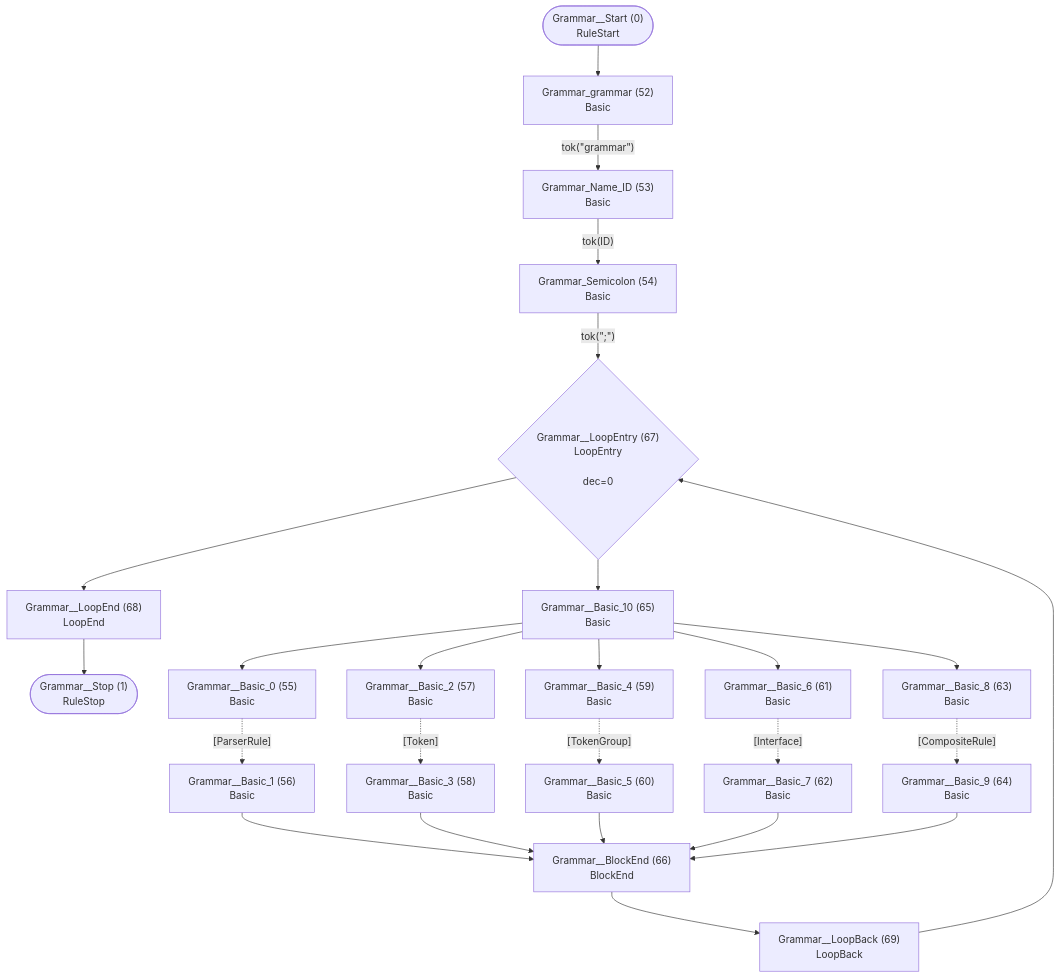
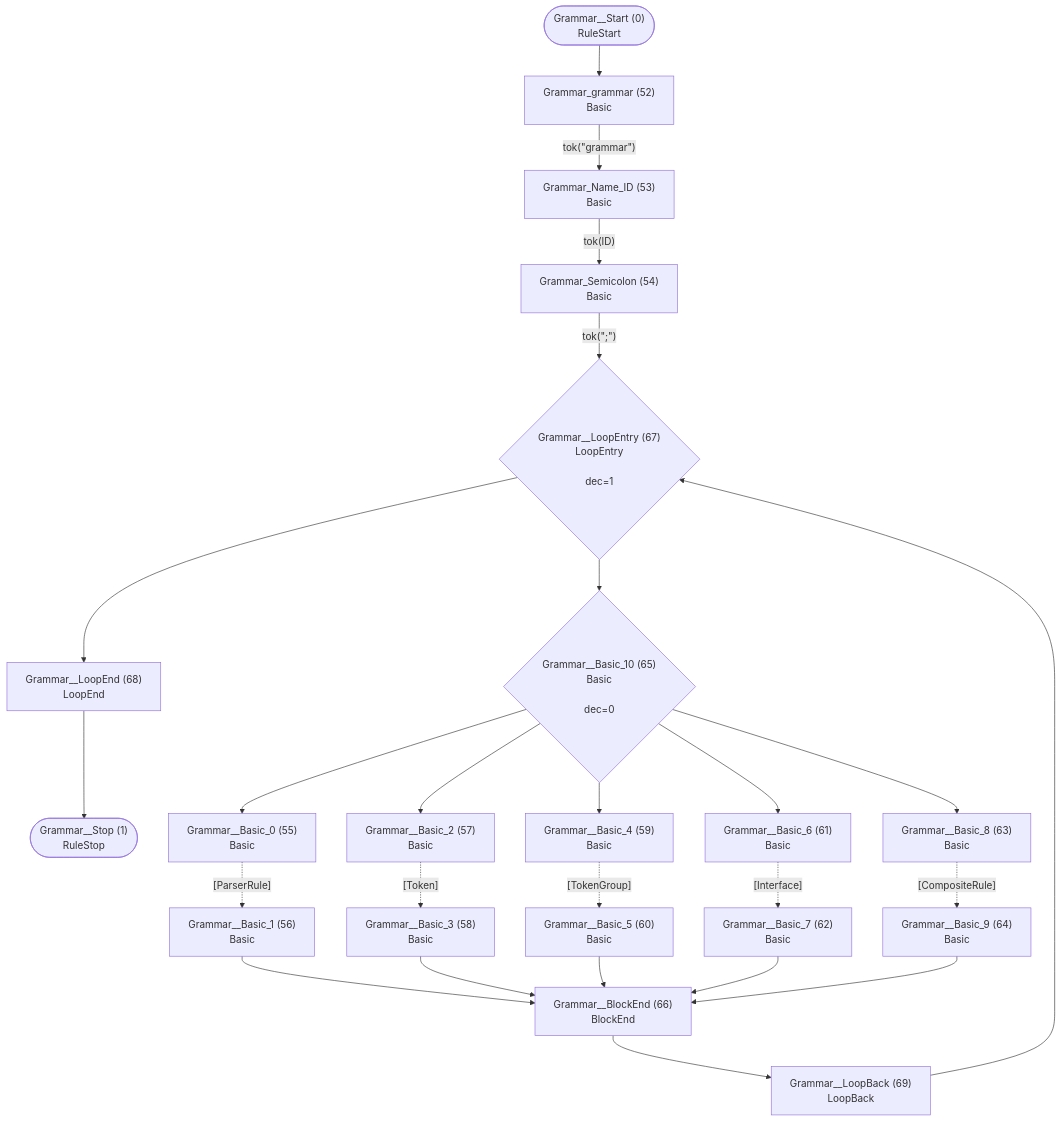
Before and after one commit to TypeFox/fastbelt: the first of 26 diagrams in internal/grammar/atn.md, drawn with Mermaid. The commit also changed other lines of this file and 53 other files, not shown here.

````diff
--- a/internal/grammar/atn.md
+++ b/internal/grammar/atn.md
@@ -5,48 +5,48 @@
 ```mermaid
 flowchart TD
     q0(["Grammar__Start (0)<br/>RuleStart"])
     q1(["Grammar__Stop (1)<br/>RuleStop"])
     q52["Grammar_grammar (52)<br/>Basic<br/>"]
     q53["Grammar_Name_ID (53)<br/>Basic<br/>"]
     q54["Grammar_Semicolon (54)<br/>Basic<br/>"]
     q55["Grammar__Basic_0 (55)<br/>Basic<br/>"]
     q56["Grammar__Basic_1 (56)<br/>Basic<br/>"]
     q57["Grammar__Basic_2 (57)<br/>Basic<br/>"]
     q58["Grammar__Basic_3 (58)<br/>Basic<br/>"]
     q59["Grammar__Basic_4 (59)<br/>Basic<br/>"]
     q60["Grammar__Basic_5 (60)<br/>Basic<br/>"]
     q61["Grammar__Basic_6 (61)<br/>Basic<br/>"]
     q62["Grammar__Basic_7 (62)<br/>Basic<br/>"]
     q63["Grammar__Basic_8 (63)<br/>Basic<br/>"]
     q64["Grammar__Basic_9 (64)<br/>Basic<br/>"]
-    q65["Grammar__Basic_10 (65)<br/>Basic<br/>"]
+    q65{"Grammar__Basic_10 (65)<br/>Basic<br/><br/>dec=0"}
     q66["Grammar__BlockEnd (66)<br/>BlockEnd<br/>"]
-    q67{"Grammar__LoopEntry (67)<br/>LoopEntry<br/><br/>dec=0"}
+    q67{"Grammar__LoopEntry (67)<br/>LoopEntry<br/><br/>dec=1"}
     q68["Grammar__LoopEnd (68)<br/>LoopEnd<br/>"]
     q69["Grammar__LoopBack (69)<br/>LoopBack<br/>"]
 
     q0 --> q52
     q52 -->|"tok(&quot;grammar&quot;)"| q53
     q53 -->|"tok(ID)"| q54
     q54 -->|"tok(&quot;;&quot;)"| q67
     q55 -.->|"[ParserRule]"| q56
     q56 --> q66
     q57 -.->|"[Token]"| q58
     q58 --> q66
     q59 -.->|"[TokenGroup]"| q60
     q60 --> q66
     q61 -.->|"[Interface]"| q62
     q62 --> q66
     q63 -.->|"[CompositeRule]"| q64
     q64 --> q66
     q65 --> q55
     q65 --> q57
     q65 --> q59
     q65 --> q61
     q65 --> q63
     q66 --> q69
     q67 --> q65
     q67 --> q68
     q68 --> q1
     q69 --> q67
 ```
````
